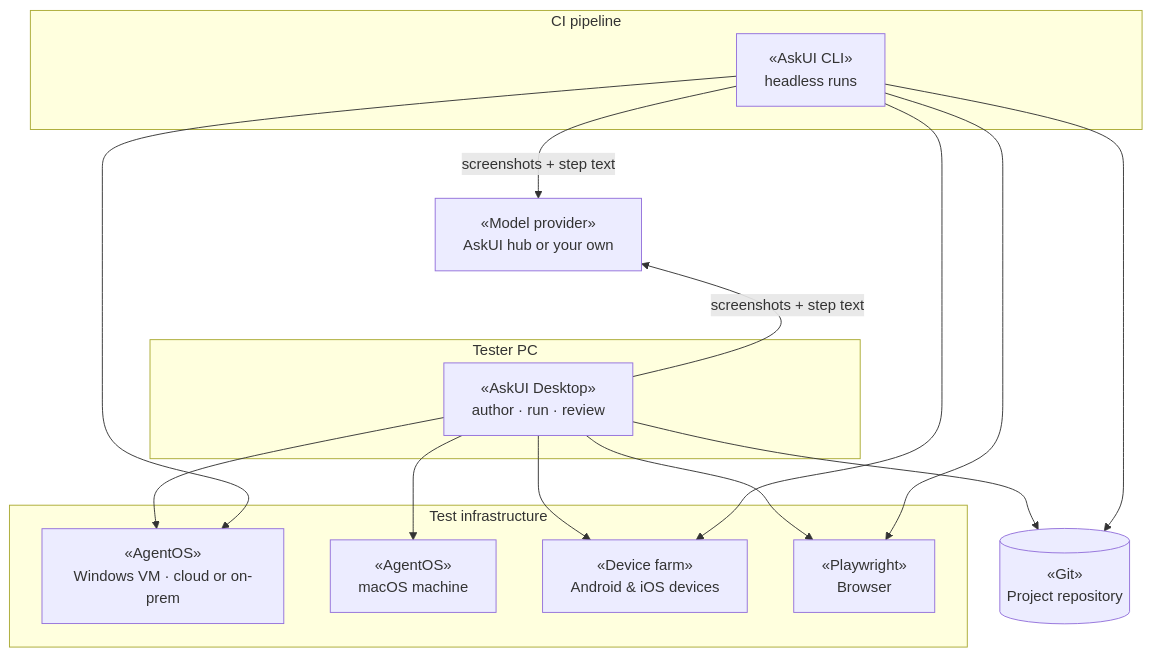
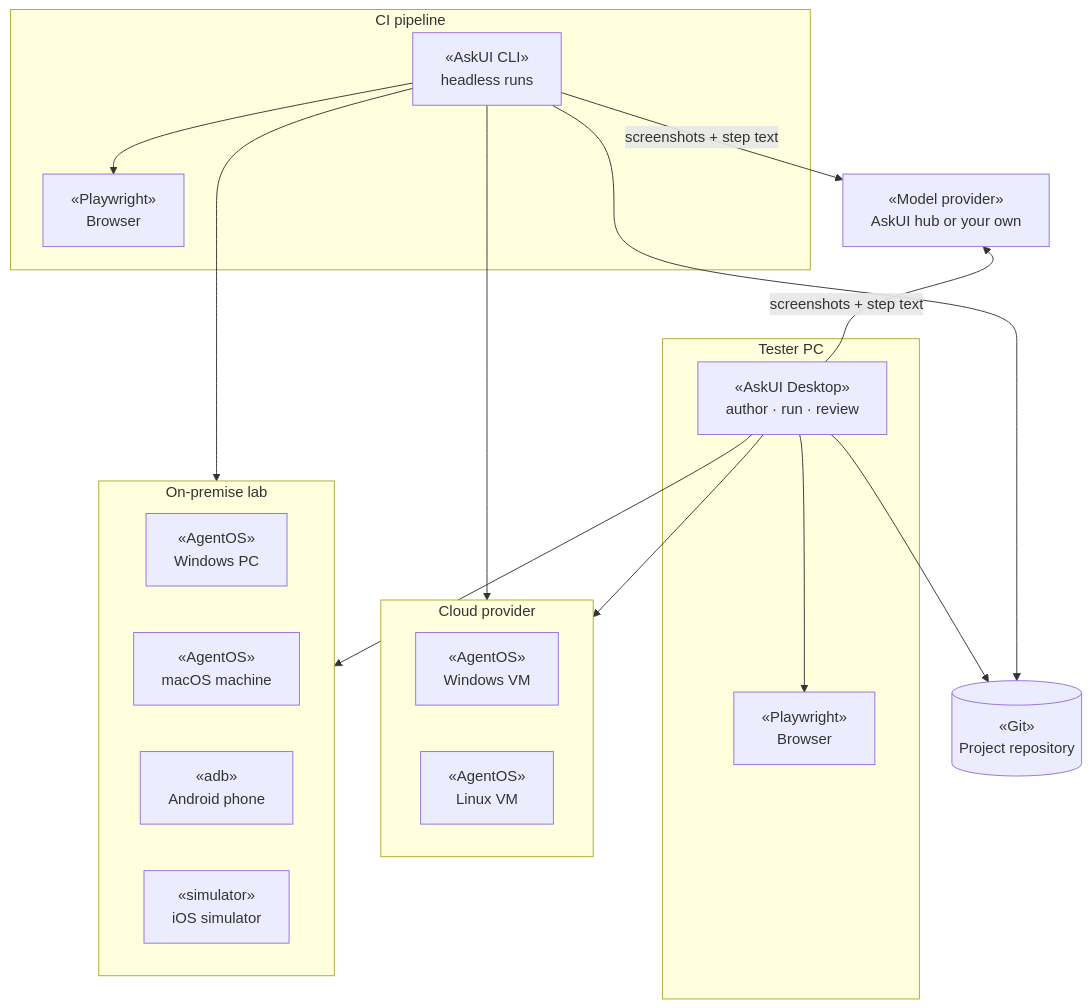
The second of 2 diagrams in content/docs/concepts/enterprise-fit.mdx (askui/docs-rewrite), drawn with Mermaid before and after one commit. The commit also changed other lines of this file, not shown here.

Commit message:
docs(enterprise-fit): one concrete thing per box, cloud and lab containers
Replaces 'Windows VM · cloud or on-prem' with a Cloud provider container
(Windows VM, Linux VM) and an On-premise lab container (Windows PC, macOS
machine, Android phone, iOS simulator). Browsers move into the Tester PC
and CI containers, since Playwright runs on whichever machine started the
run and needs no machine of its own.

````diff
--- a/content/docs/concepts/enterprise-fit.mdx
+++ b/content/docs/concepts/enterprise-fit.mdx
@@ -42,29 +42,34 @@
 ```mermaid
 flowchart TB
   M["«Model provider»<br/>AskUI hub or your own"]
   subgraph pc["Tester PC"]
     D["«AskUI Desktop»<br/>author · run · review"]
+    B1["«Playwright»<br/>Browser"]
   end
   subgraph ci["CI pipeline"]
     C["«AskUI CLI»<br/>headless runs"]
+    B2["«Playwright»<br/>Browser"]
   end
   R[("«Git»<br/>Project repository")]
-  subgraph infra["Test infrastructure"]
-    V["«AgentOS»<br/>Windows VM · cloud or on-prem"]
-    MC["«AgentOS»<br/>macOS machine"]
-    FARM["«Device farm»<br/>Android &amp; iOS devices"]
-    BR["«Playwright»<br/>Browser"]
+  subgraph cloud["Cloud provider"]
+    V1["«AgentOS»<br/>Windows VM"]
+    V2["«AgentOS»<br/>Linux VM"]
+  end
+  subgraph lab["On-premise lab"]
+    P1["«AgentOS»<br/>Windows PC"]
+    P2["«AgentOS»<br/>macOS machine"]
+    A1["«adb»<br/>Android phone"]
+    I1["«simulator»<br/>iOS simulator"]
   end
   M ~~~ pc
   D -->|"screenshots + step text"| M
   C -->|"screenshots + step text"| M
+  D --> B1
+  C --> B2
   D --> R
   C --> R
-  D --> V
-  D --> MC
-  D --> FARM
-  D --> BR
-  C --> V
-  C --> FARM
-  C --> BR
+  D --> cloud
+  D --> lab
+  C --> cloud
+  C --> lab
 ```
````
